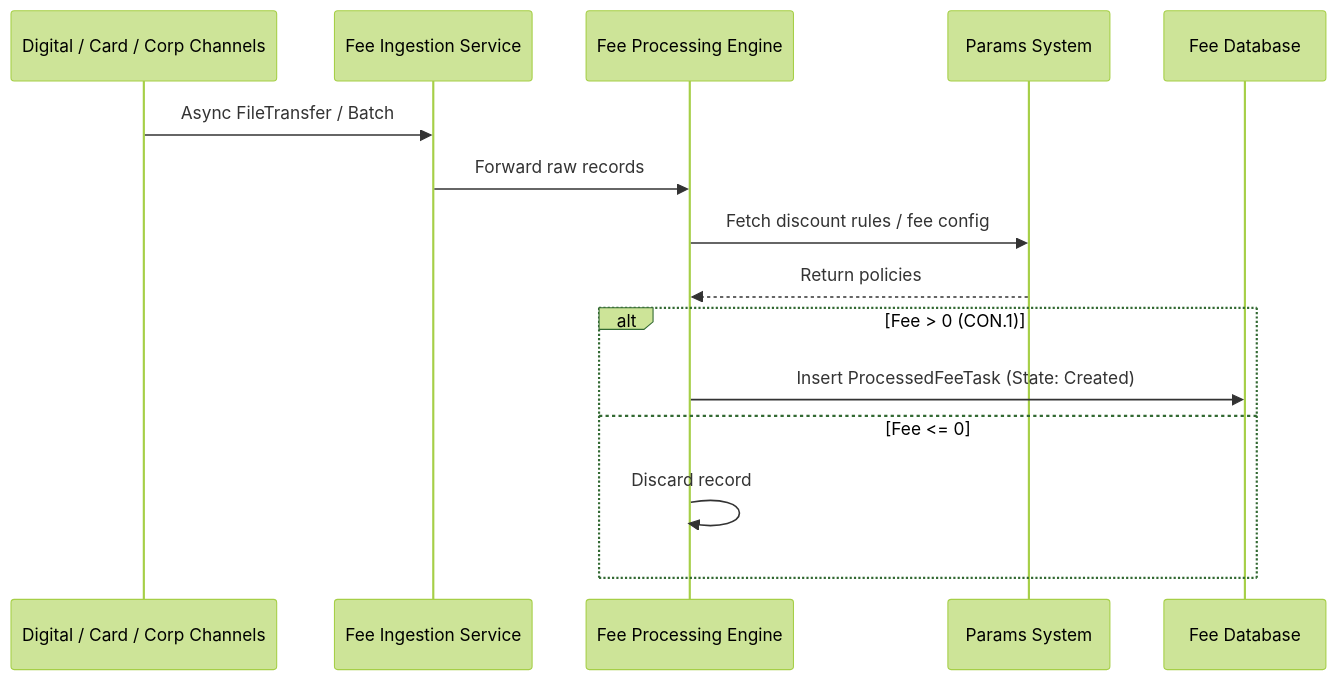
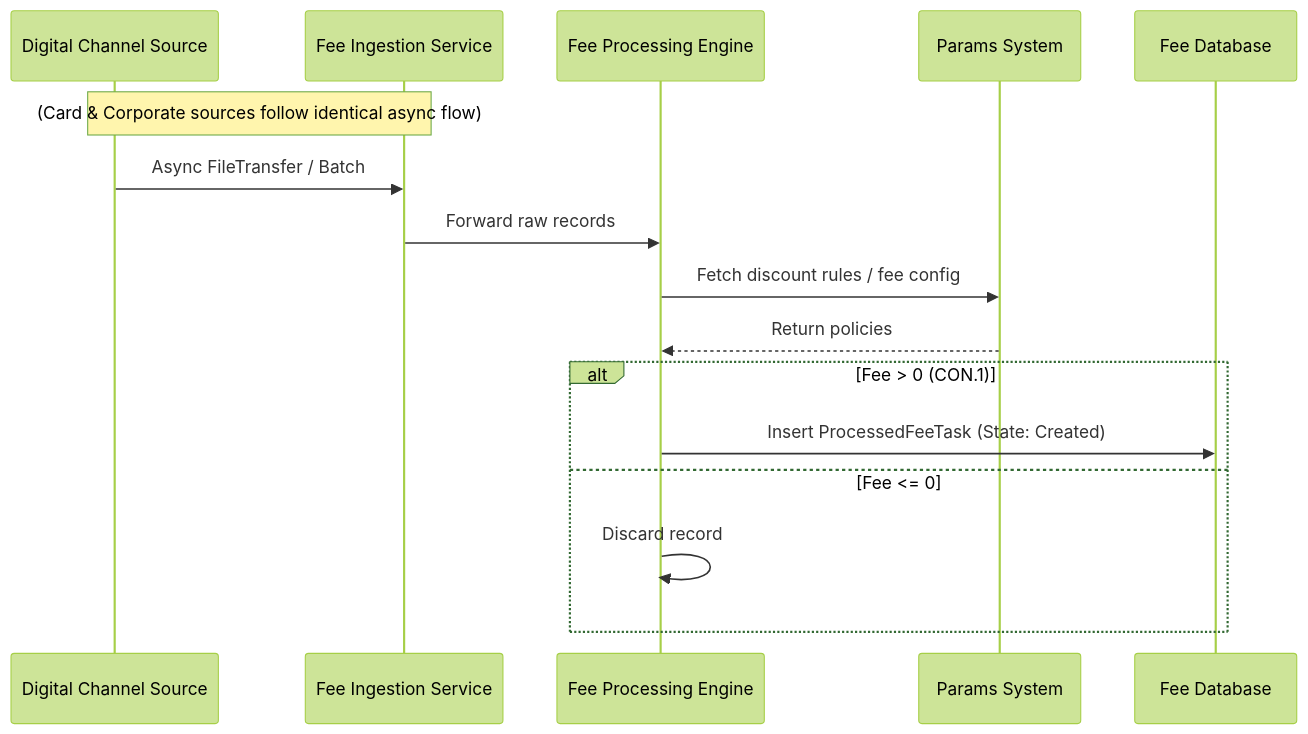
The second of 9 diagrams in lab5/Lab5_UML_Design.md (handuchome/uml), drawn with Mermaid (forest theme) before and after one commit. The commit also changed other lines of this file, not shown here.

````diff
--- a/lab5/Lab5_UML_Design.md
+++ b/lab5/Lab5_UML_Design.md
@@ -32,18 +32,19 @@
 ```mermaid
 sequenceDiagram
-    participant Sources as Digital / Card / Corp Channels
+    participant DCS as Digital Channel Source
     participant FIS as Fee Ingestion Service
     participant FPE as Fee Processing Engine
     participant Params as Params System
     participant DB as Fee Database
 
-    Sources->>FIS: Async FileTransfer / Batch
+    Note over DCS,FIS: (Card & Corporate sources follow identical async flow)
+    DCS->>FIS: Async FileTransfer / Batch
     FIS->>FPE: Forward raw records
     FPE->>Params: Fetch discount rules / fee config
     Params-->>FPE: Return policies
     alt Fee > 0 (CON.1)
         FPE->>DB: Insert ProcessedFeeTask (State: Created)
     else Fee <= 0
         FPE->>FPE: Discard record
     end
 ```
````
